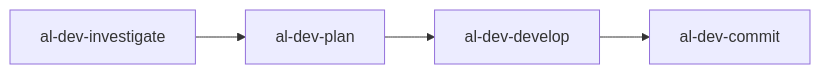
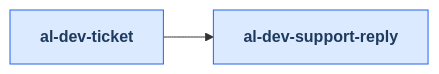
Before and after one commit to russell-laing/al-dev-shared: the third of 4 diagrams in docs/al-dev-plugin-graph.md, drawn with Mermaid. The commit also changed other lines of this file and 8 other files, not shown here.

````diff
--- a/docs/al-dev-plugin-graph.md
+++ b/docs/al-dev-plugin-graph.md
@@ -283,6 +400,11 @@
 ```mermaid
 flowchart LR
-    al_dev_investigate[al-dev-investigate] --> al_dev_plan[al-dev-plan]
-    al_dev_plan[al-dev-plan] --> al_dev_develop[al-dev-develop]
-    al_dev_develop[al-dev-develop] --> al_dev_commit[al-dev-commit]
+    classDef skillNode fill:#dbeafe,stroke:#2563eb,color:#1e3a5f,font-weight:bold
+    skill_al_dev_ticket[al-dev-ticket]
+    skill_al_dev_support_reply[al-dev-support-reply]
+
+    skill_al_dev_ticket --> skill_al_dev_support_reply
+
+    class skill_al_dev_ticket skillNode
+    class skill_al_dev_support_reply skillNode
 ```
````
